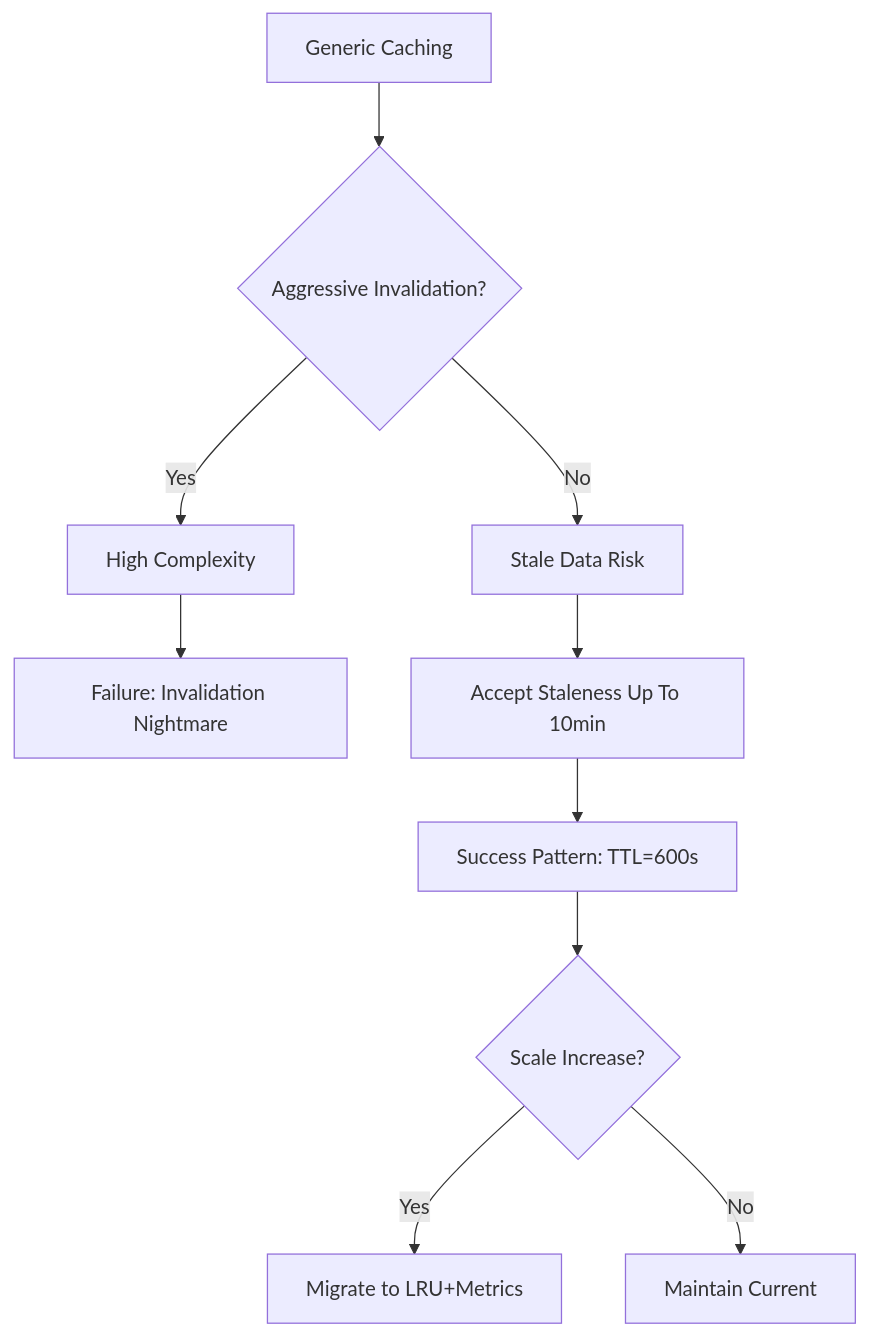
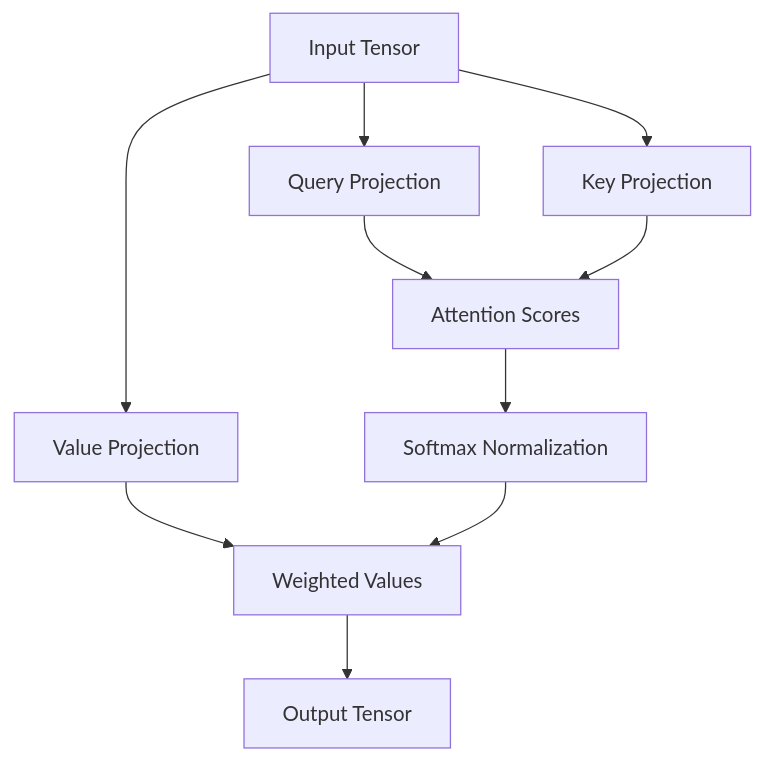
Before and after one commit to Theoretical-Computer-Science/Advanced-Research: the first of 3 diagrams in Ideas/Qwen/Qwen3-235B-A22B-Instruct-2507/AIS.md, drawn with Mermaid. The commit also changed other lines of this file and 1 other file, not shown here.

````diff
--- a/Ideas/Qwen/Qwen3-235B-A22B-Instruct-2507/AIS.md
+++ b/Ideas/Qwen/Qwen3-235B-A22B-Instruct-2507/AIS.md
@@ -225,12 +273,12 @@
 ```mermaid
 graph TD
-  A[Generic Caching] --> B{Aggressive Invalidation?}
-  B -->|Yes| C[High Complexity]
-  B -->|No| D[Stale Data Risk]
-  C --> E[Failure: Invalidation Nightmare]
-  D --> F[Accept Staleness Up To 10min]
-  F --> G[Success Pattern: TTL=600s]
-  G --> H{Scale Increase?}
-  H -->|Yes| I[Migrate to LRU+Metrics]
-  H -->|No| J[Maintain Current]
+    A[Input Tensor] --> B[Query Projection]
+    A --> C[Key Projection]
+    A --> D[Value Projection]
+    B --> E[Attention Scores]
+    C --> E
+    E --> F[Softmax Normalization]
+    D --> G[Weighted Values]
+    F --> G
+    G --> H[Output Tensor]
 ```
````
